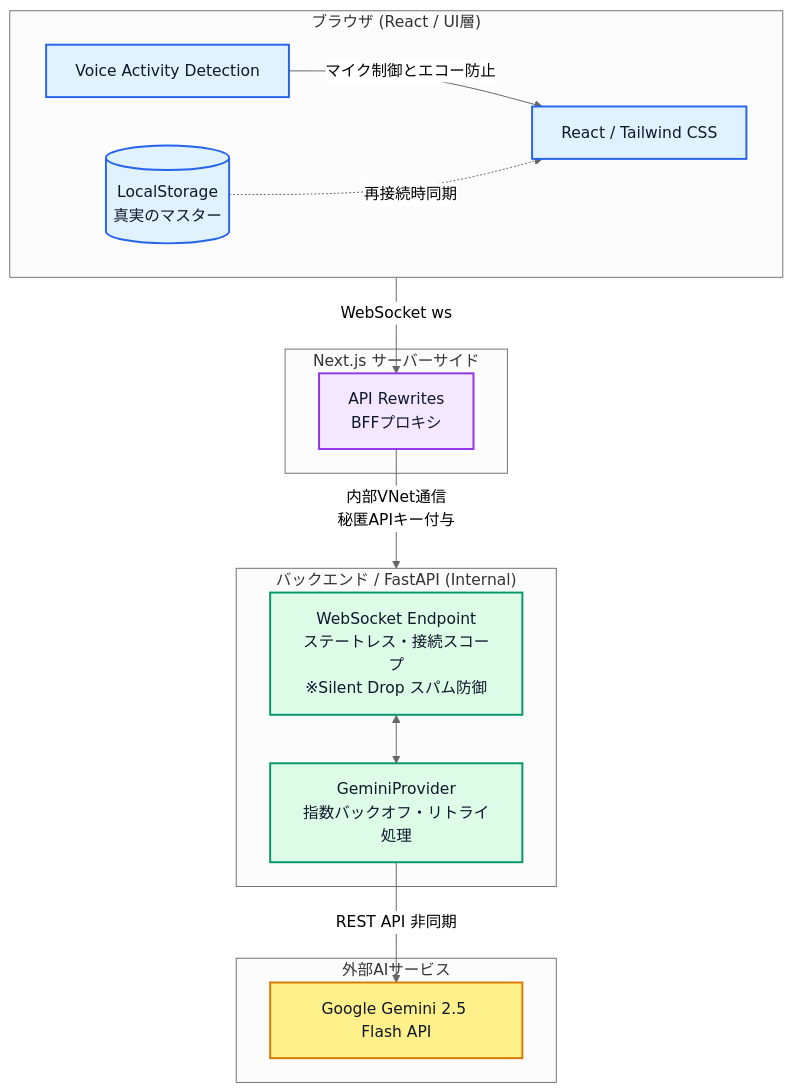
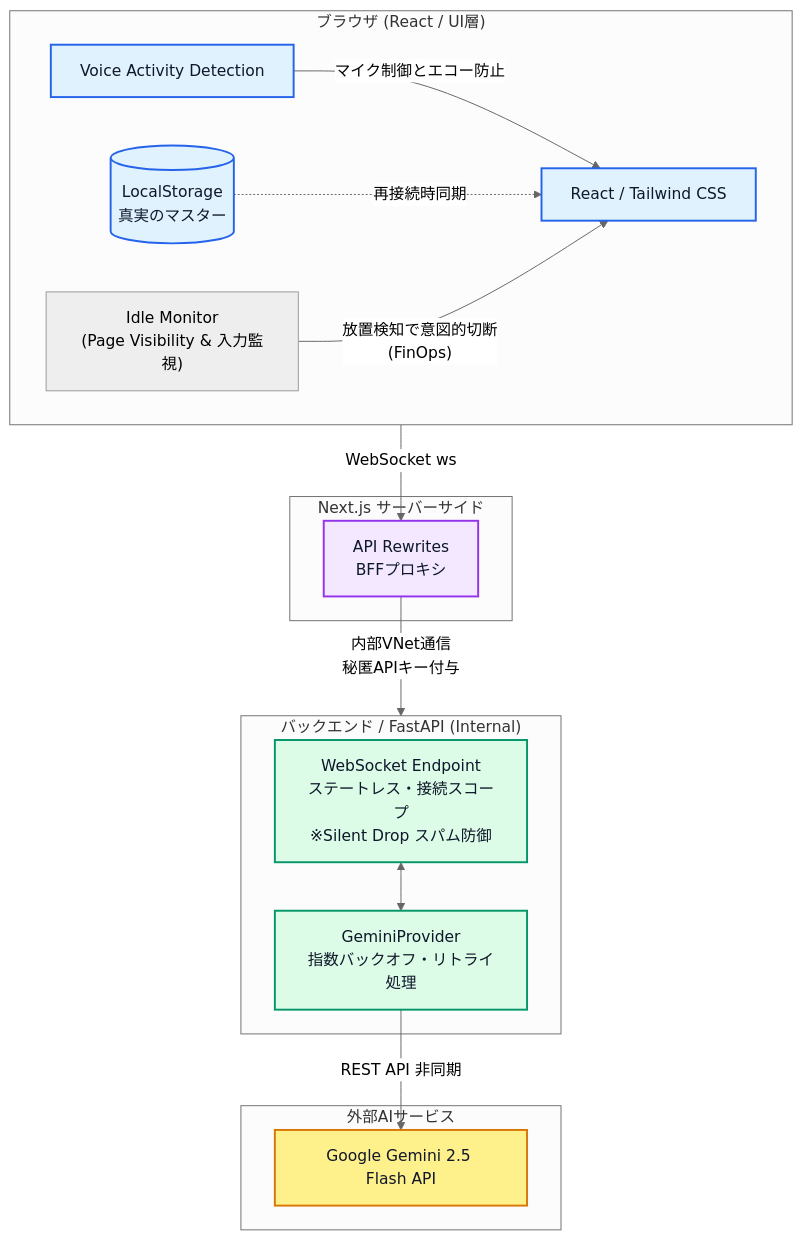
Before and after one commit to TakeruOtahara/Drill-Talk-Portfolio: the first of 3 diagrams in README.md, drawn with Mermaid (neutral theme). The commit also changed other lines of this file and 5 other files, not shown here.

````diff
--- a/README.md
+++ b/README.md
@@ -45,40 +47,42 @@
 ```mermaid
 graph TD
     subgraph Client ["ブラウザ (React / UI層)"]
         UI["React / Tailwind CSS"]
         VAD["Voice Activity Detection"]
         Storage[("LocalStorage<br>真実のマスター")]
+        IdleMonitor["Idle Monitor<br>(Page Visibility & 入力監視)"]
         
         VAD -->|"マイク制御とエコー防止"| UI
         Storage -.->|"再接続時同期"| UI
+        IdleMonitor -->|"放置検知で意図的切断<br>(FinOps)"| UI
     end
 
     subgraph BFF ["Next.js サーバーサイド"]
         Proxy["API Rewrites<br>BFFプロキシ"]
     end
 
     subgraph Server ["バックエンド / FastAPI (Internal)"]
         WS["WebSocket Endpoint<br>ステートレス・接続スコープ<br>※Silent Drop スパム防御"]
         Logic["GeminiProvider<br>指数バックオフ・リトライ処理"]
         
         WS <--> Logic
     end
 
     subgraph External ["外部AIサービス"]
         LLM["Google Gemini 2.5 Flash API"]
     end
 
     Client -->|"WebSocket ws"| Proxy
     Proxy -->|"内部VNet通信<br>秘匿APIキー付与"| Server
     Logic -->|"REST API 非同期"| LLM
 
     classDef client fill:#e0f2fe,stroke:#2563eb,stroke-width:2px,color:#0f172a;
     classDef bff fill:#f3e8ff,stroke:#9333ea,stroke-width:2px,color:#0f172a;
     classDef server fill:#dcfce7,stroke:#059669,stroke-width:2px,color:#0f172a;
     classDef external fill:#fef08a,stroke:#d97706,stroke-width:2px,color:#0f172a;
 
     class UI,VAD,Storage client;
     class Proxy bff;
     class WS,Logic server;
     class LLM external;
 ```
````
